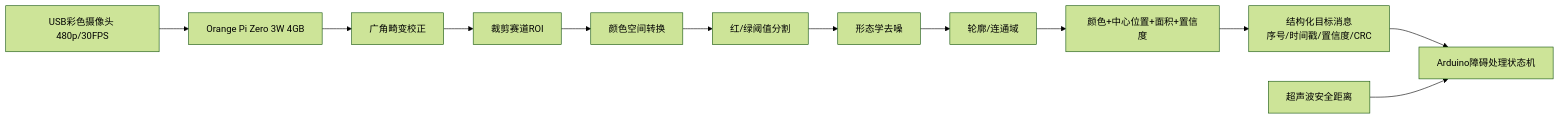
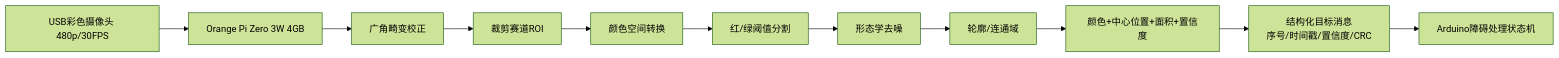
Before and after one commit to chinaxueyuannew/wro2026-nanjingBSSN: the third of 3 diagrams in other其他/software-architecture.md, drawn with Mermaid (forest theme). The commit also changed other lines of this file and 20 other files, not shown here.

````diff
--- a/other其他/software-architecture.md
+++ b/other其他/software-architecture.md
@@ -91,14 +98,13 @@
 ```mermaid
 flowchart LR
   CAM[USB彩色摄像头 480p/30FPS] --> OPI[Orange Pi Zero 3W 4GB]
   OPI --> UNDISTORT[广角畸变校正]
   UNDISTORT --> ROI[裁剪赛道ROI]
   ROI --> HSV[颜色空间转换]
   HSV --> MASK[红/绿阈值分割]
   MASK --> MORPH[形态学去噪]
   MORPH --> CONTOUR[轮廓/连通域]
   CONTOUR --> TARGET[颜色+中心位置+面积+置信度]
   TARGET --> MSG[结构化目标消息\n序号/时间戳/置信度/CRC]
   MSG --> FSM[Arduino障碍处理状态机]
-  ULTRA[超声波安全距离] --> FSM
 ```
````
